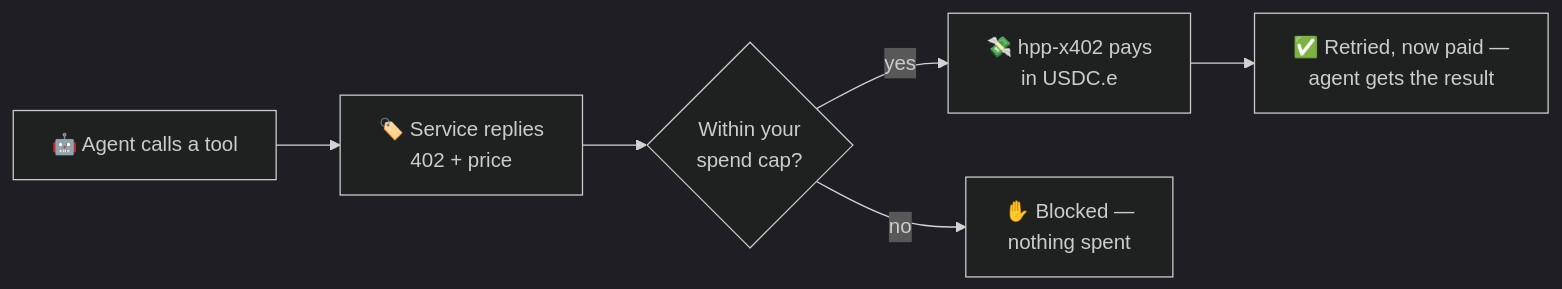
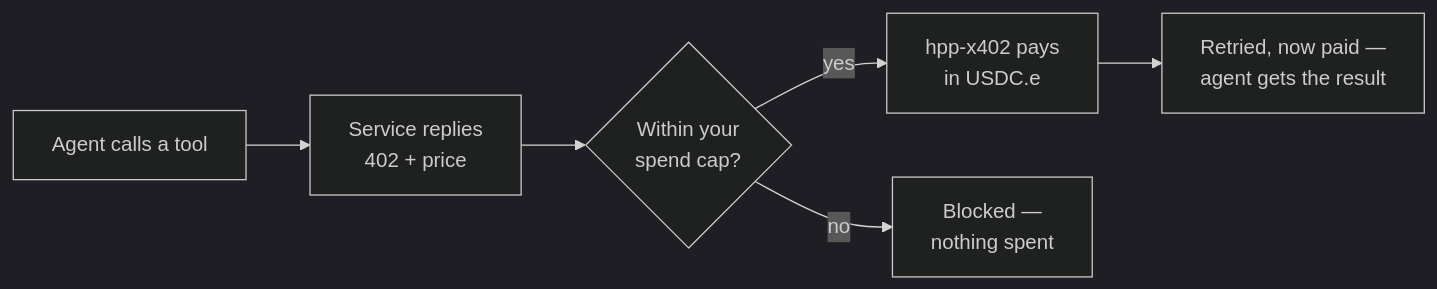
One commit to hpp-io/docs changed the diagram in x402/pay-from-an-ai-agent.mdx. Above: the diagram before and after it, drawn with Mermaid (dark theme). The commit also changed 14 other files, not shown here.

````diff
--- a/x402/pay-from-an-ai-agent.mdx
+++ b/x402/pay-from-an-ai-agent.mdx
@@ -36,8 +36,8 @@
 ```mermaid
 flowchart LR
-    A[🤖 Agent calls a tool] --> B[🏷️ Service replies<br/>402 + price]
+    A[Agent calls a tool] --> B[Service replies<br/>402 + price]
     B --> C{Within your<br/>spend cap?}
-    C -->|yes| D[💸 hpp-x402 pays<br/>in USDC.e]
-    C -->|no| X[✋ Blocked —<br/>nothing spent]
-    D --> E[✅ Retried, now paid —<br/>agent gets the result]
+    C -->|yes| D[hpp-x402 pays<br/>in USDC.e]
+    C -->|no| X[Blocked —<br/>nothing spent]
+    D --> E[Retried, now paid —<br/>agent gets the result]
 ```
````
